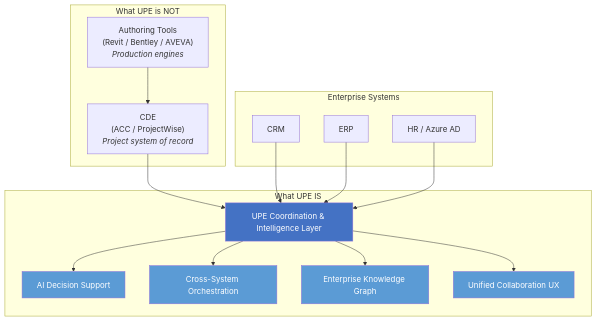
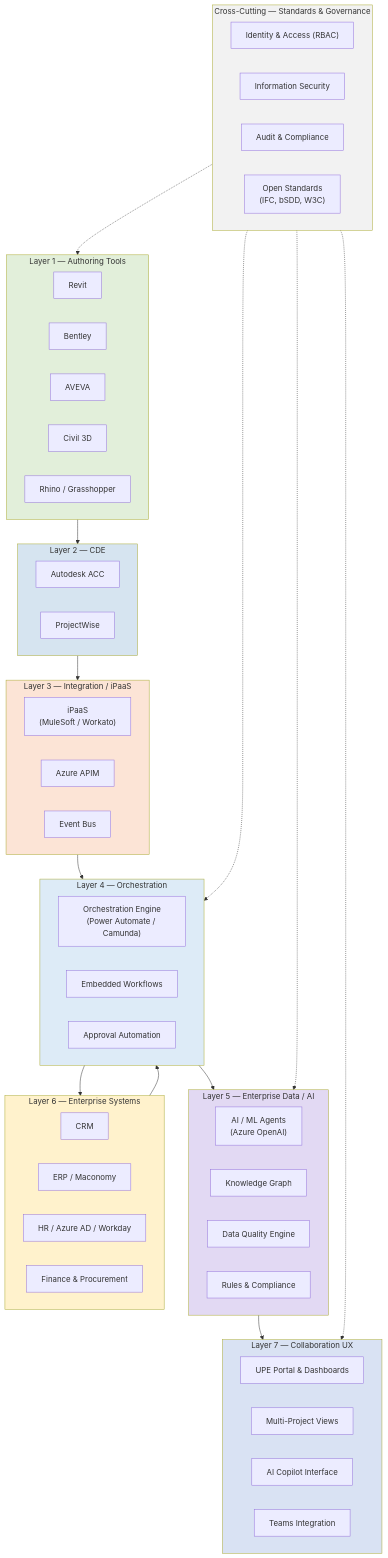
One commit to Paradox-85/ram_upe changed the diagram in knowledge-base/architecture/arch_overview.md. Above: the diagram before and after it, drawn with Mermaid. The commit also changed other lines of this file and 9 other files, not shown here.

First line of the commit message:
Update architecture docs, module interfaces, ADR-0001, and sprint-01 prototype prompt

````diff
--- a/knowledge-base/architecture/arch_overview.md
+++ b/knowledge-base/architecture/arch_overview.md
@@ -22,37 +58,76 @@
 ```mermaid
 graph TB
-    subgraph "What UPE is NOT"
-        CDE["CDE<br/>(ACC / ProjectWise)<br/><i>Project system of record</i>"]
-        Tools["Authoring Tools<br/>(Revit / Bentley / AVEVA)<br/><i>Production engines</i>"]
+    subgraph L1["Layer 1 — Authoring Tools"]
+        Revit["Revit"]
+        Bentley["Bentley"]
+        AVEVA["AVEVA"]
+        Civil["Civil 3D"]
+        Rhino["Rhino / Grasshopper"]
     end
 
-    subgraph "What UPE IS"
-        UPE_Core["UPE Coordination & Intelligence Layer"]
-        UPE_AI["AI Decision Support"]
-        UPE_Orchestration["Cross-System Orchestration"]
-        UPE_Knowledge["Enterprise Knowledge Graph"]
-        UPE_UX["Unified Collaboration UX"]
+    subgraph L2["Layer 2 — CDE"]
+        ACC["Autodesk ACC"]
+        PW["ProjectWise"]
     end
 
-    subgraph "Enterprise Systems"
-        CRM["CRM"]
-        ERP["ERP"]
-        HR["HR / Azure AD"]
+    subgraph L3["Layer 3 — Integration / iPaaS"]
+        iPaaS["iPaaS<br/>(MuleSoft / Workato)"]
+        APIM["Azure APIM"]
+        Events["Event Bus"]
     end
 
-    Tools --> CDE
-    CDE --> UPE_Core
-    CRM --> UPE_Core
-    ERP --> UPE_Core
-    HR --> UPE_Core
-    UPE_Core --> UPE_AI
-    UPE_Core --> UPE_Orchestration
-    UPE_Core --> UPE_Knowledge
-    UPE_Core --> UPE_UX
+    subgraph L4["Layer 4 — Orchestration"]
+        OrchEngine["Orchestration Engine<br/>(Power Automate / Camunda)"]
+        Workflows["Embedded Workflows"]
+        Approvals["Approval Automation"]
+    end
 
-    style UPE_Core fill:#4472C4,color:#fff
-    style UPE_AI fill:#5B9BD5,color:#fff
-    style UPE_Orchestration fill:#5B9BD5,color:#fff
-    style UPE_Knowledge fill:#5B9BD5,color:#fff
-    style UPE_UX fill:#5B9BD5,color:#fff
+    subgraph L5["Layer 5 — Enterprise Data / AI"]
+        AI["AI / ML Agents<br/>(Azure OpenAI)"]
+        KG["Knowledge Graph"]
+        DataQuality["Data Quality Engine"]
+        Rules["Rules & Compliance"]
+    end
+
+    subgraph L6["Layer 6 — Enterprise Systems"]
+        CRM["CRM"]
+        ERP["ERP / Maconomy"]
+        HR["HR / Azure AD / Workday"]
+        Finance["Finance & Procurement"]
+    end
+
+    subgraph L7["Layer 7 — Collaboration UX"]
+        Portal["UPE Portal & Dashboards"]
+        MultiProject["Multi-Project Views"]
+        Copilot["AI Copilot Interface"]
+        Teams["Teams Integration"]
+    end
+
+    subgraph Cross["Cross-Cutting — Standards & Governance"]
+        IAM["Identity & Access (RBAC)"]
+        SecInfo["Information Security"]
+        Audit["Audit & Compliance"]
+        OpenStd["Open Standards<br/>(IFC, bSDD, W3C)"]
+    end
+
+    L1 --> L2
+    L2 --> L3
+    L3 --> L4
+    L4 --> L5
+    L4 --> L6
+    L5 --> L7
+    L6 --> L4
+    Cross -.-> L1
+    Cross -.-> L4
+    Cross -.-> L5
+    Cross -.-> L7
+
+    style L1 fill:#E2EFDA
+    style L2 fill:#D6E4F0
+    style L3 fill:#FCE4D6
+    style L4 fill:#DDEBF7
+    style L5 fill:#E2D9F3
+    style L6 fill:#FFF2CC
+    style L7 fill:#D9E2F3
+    style Cross fill:#F2F2F2
 ```
````
